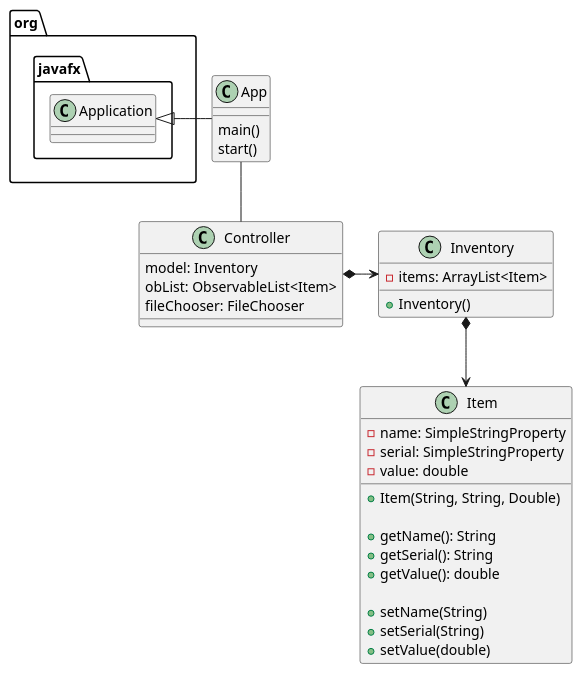
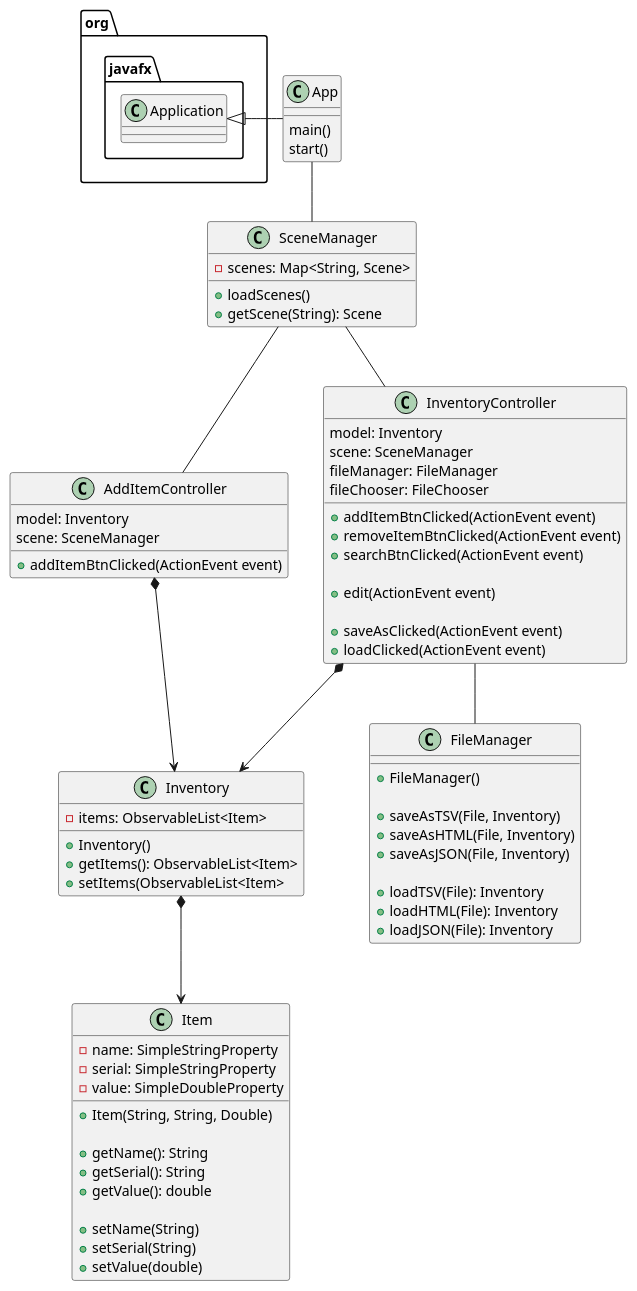
One commit to crewmate23/deegutla-4648-a5 changed the diagram in uml/InventoryItems.puml. Above: the diagram before and after it, drawn with PlantUML. The commit also changed 8 other files, not shown here.

```diff
--- a/uml/InventoryItems.puml
+++ b/uml/InventoryItems.puml
@@ -1,50 +1,104 @@
 @startuml
 'https://plantuml.com/class-diagram
 
 class App{
     main()
     start()
 }
 
-class Controller{
+class SceneManager{
+    -scenes: Map<String, Scene>
+
+    +loadScenes()
+    +getScene(String): Scene
+}
+
+class InventoryController{
     model: Inventory
-    obList: ObservableList<Item>
+    scene: SceneManager
+    fileManager: FileManager
     fileChooser: FileChooser
+
+    'add item btn
+    +addItemBtnClicked(ActionEvent event)
+    'remove item btn
+    +removeItemBtnClicked(ActionEvent event)
+    'search btn
+    +searchBtnClicked(ActionEvent event)
+
+    'edit table
+    +edit(ActionEvent event)
+
+    'file manager functions
+    +saveAsClicked(ActionEvent event)
+    +loadClicked(ActionEvent event)
+
 
 
 }
 
+class AddItemController{
+    model: Inventory
+    scene: SceneManager
+
+    'add item btn
+    +addItemBtnClicked(ActionEvent event)
+}
+
 class Inventory{
-    -items: ArrayList<Item>
+    -items: ObservableList<Item>
 
     'constructor
     +Inventory()
+    'getter
+    +getItems(): ObservableList<Item>
+    'setter
+    +setItems(ObservableList<Item>
 
 }
 
 class Item{
     'private instance variables
     -name: SimpleStringProperty
     -serial: SimpleStringProperty
-    -value: double
+    -value: SimpleDoubleProperty
 
     'constructor
     +Item(String, String, Double)
 
     'getters
     +getName(): String
     +getSerial(): String
     +getValue(): double
 
     'setters
     +setName(String)
     +setSerial(String)
     +setValue(double)
 }
 
+class FileManager{
+    'constructor
+    +FileManager()
+
+    'save
+    +saveAsTSV(File, Inventory)
+    +saveAsHTML(File, Inventory)
+    +saveAsJSON(File, Inventory)
+
+    'load
+    +loadTSV(File): Inventory
+    +loadHTML(File): Inventory
+    +loadJSON(File): Inventory
+}
+
 org.javafx.Application <|- App
-App -- Controller
-Controller *-> Inventory
+App -- SceneManager
+SceneManager -- InventoryController
+InventoryController -- FileManager
+SceneManager -- AddItemController
+InventoryController *-> Inventory
+AddItemController *--> Inventory
 Inventory *--> Item
 
 @enduml
```
